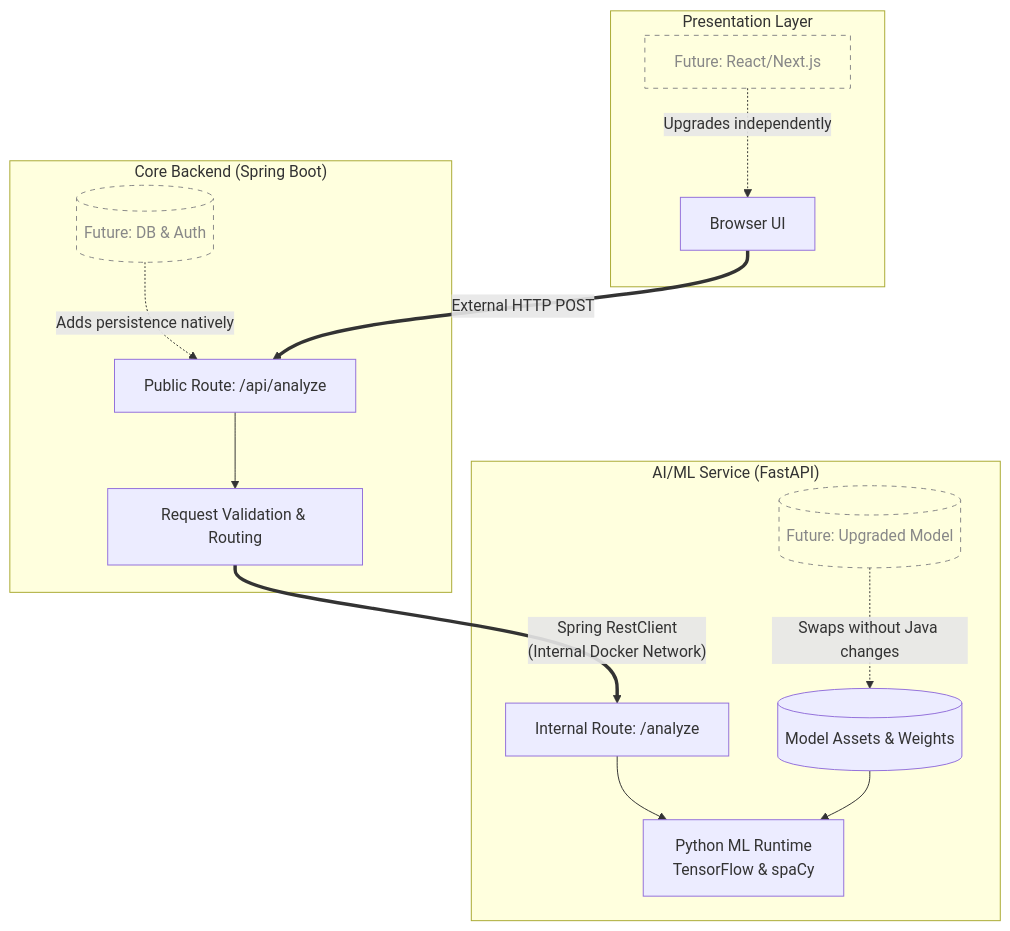
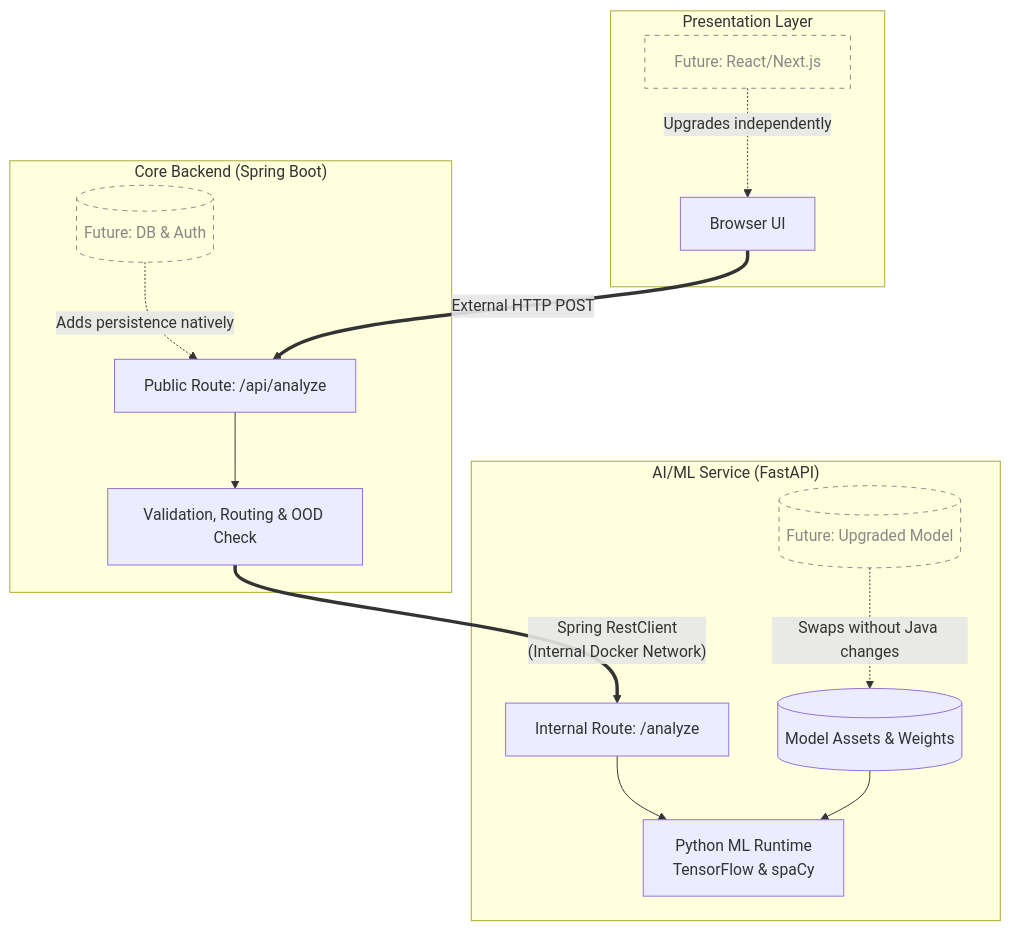
One commit to AaryanGotad/Structura changed the second of 3 diagrams in README.md. Above: the diagram before and after it, drawn with Mermaid. The commit also changed other lines of this file, not shown here.

````diff
--- a/README.md
+++ b/README.md
@@ -296,35 +326,35 @@
 ```mermaid
 flowchart TD
     %% Presentation Layer
     subgraph Client ["Presentation Layer"]
         UI[Browser UI]
         FutureUI[Future: React/Next.js] -. "Upgrades independently" .-> UI
     end
 
     %% Core Backend Layer (Spring Boot)
     subgraph Spring ["Core Backend (Spring Boot)"]
         API[Public Route: /api/analyze]
-        Val[Request Validation & Routing]
+        Val[Validation, Routing & OOD Check]
         FutureDB[(Future: DB & Auth)] -. "Adds persistence natively" .-> API
         API --> Val
     end
 
     %% ML Service Layer (FastAPI)
     subgraph ML ["AI/ML Service (FastAPI)"]
         Endpoint[Internal Route: /analyze]
         Runtime[Python ML Runtime<br/>TensorFlow & spaCy]
         Assets[(Model Assets & Weights)]
         FutureModel[(Future: Upgraded Model)] -. "Swaps without Java changes" .-> Assets
         
         Endpoint --> Runtime
         Assets --> Runtime
     end
 
     %% Communication Bridges
     UI == "External HTTP POST" ==> API
     Val == "Spring RestClient<br/>(Internal Docker Network)" ==> Endpoint
 
     %% Styling for future/flexible components
     classDef future fill:transparent,stroke:#888,stroke-dasharray: 5 5,color:#888;
     class FutureUI,FutureDB,FutureModel future;
 ```
````
